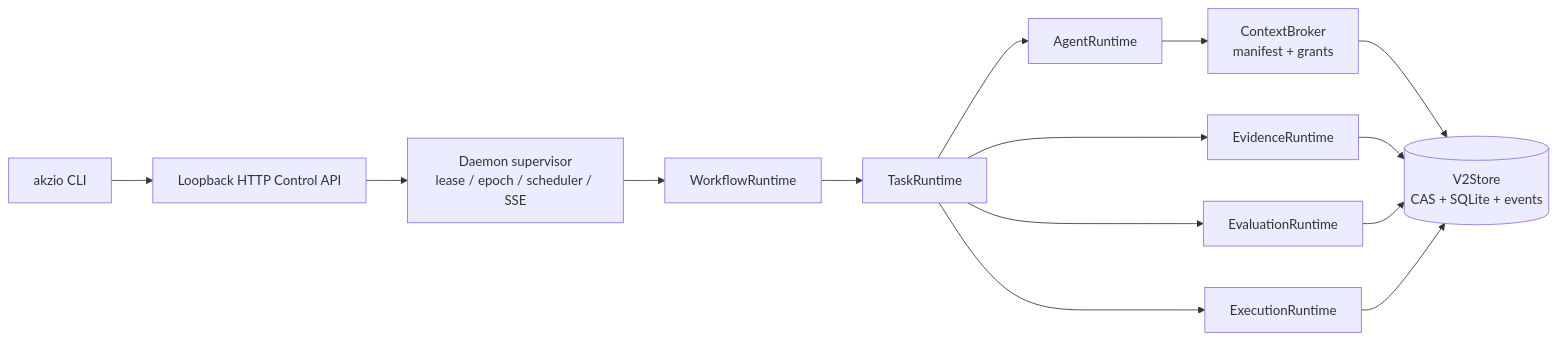
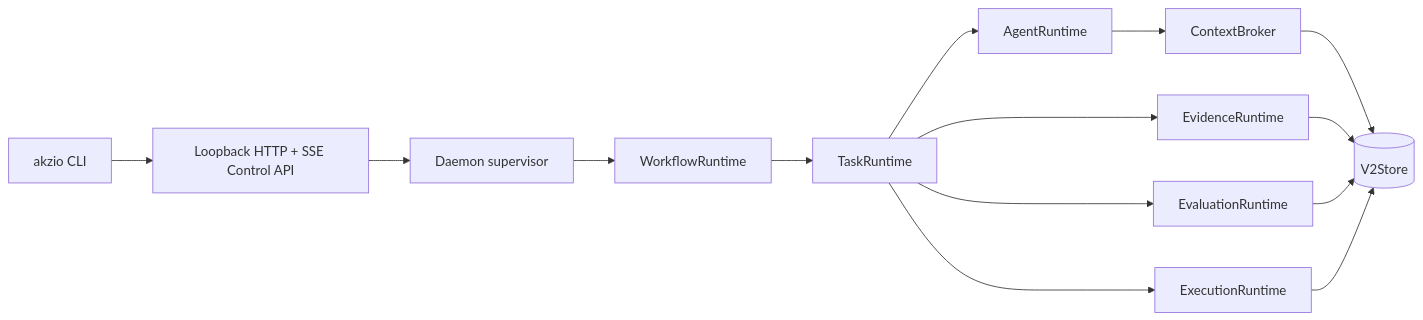
One commit to alixeu/akzio-signal-intelligence changed the diagram in README.md. Above: the diagram before and after it, drawn with Mermaid. The commit also changed other lines of this file and 8 other files, not shown here.

Commit message:
refactor(cli): remove unix control transport

````diff
--- a/README.md
+++ b/README.md
@@ -9,16 +7,16 @@
-```mermaid
+~~~mermaid
 flowchart LR
-  CLI[akzio CLI] --> API[Loopback HTTP Control API]
-  API --> D[Daemon supervisor\nlease / epoch / scheduler / SSE]
-  D --> WR[WorkflowRuntime]
-  WR --> TR[TaskRuntime]
-  TR --> AR[AgentRuntime]
-  TR --> IR[EvidenceRuntime]
-  TR --> ER[EvaluationRuntime]
-  TR --> XR[ExecutionRuntime]
-  AR --> CB[ContextBroker\nmanifest + grants]
-  CB --> S[(V2Store\nCAS + SQLite + events)]
+  CLI["akzio CLI"] --> API["Loopback HTTP + SSE Control API"]
+  API --> D["Daemon supervisor"]
+  D --> WR["WorkflowRuntime"]
+  WR --> TR["TaskRuntime"]
+  TR --> AR["AgentRuntime"]
+  TR --> IR["EvidenceRuntime"]
+  TR --> ER["EvaluationRuntime"]
+  TR --> XR["ExecutionRuntime"]
+  AR --> CB["ContextBroker"]
+  CB --> S[("V2Store")]
   IR --> S
   ER --> S
   XR --> S
-```
+~~~
````
